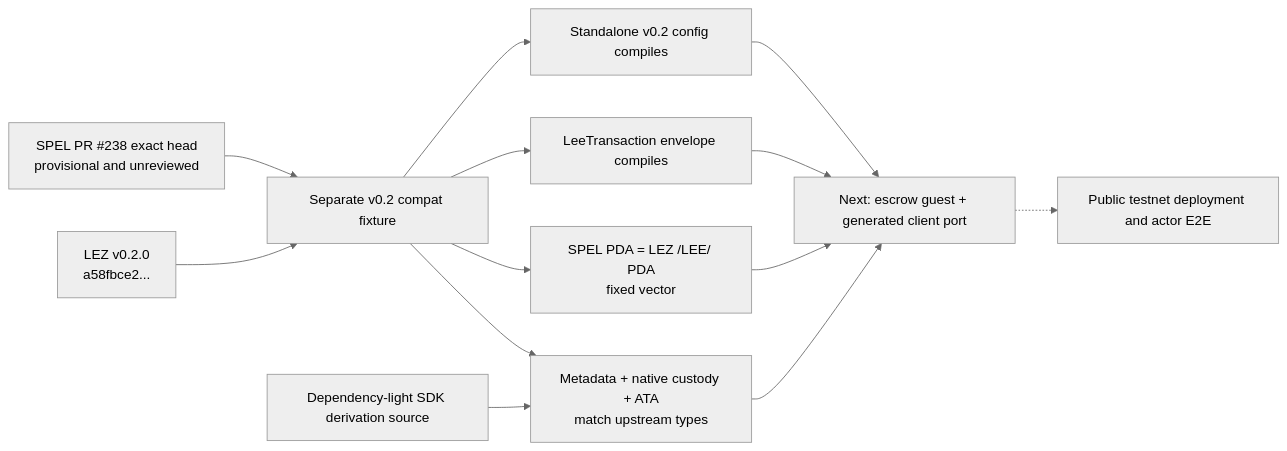
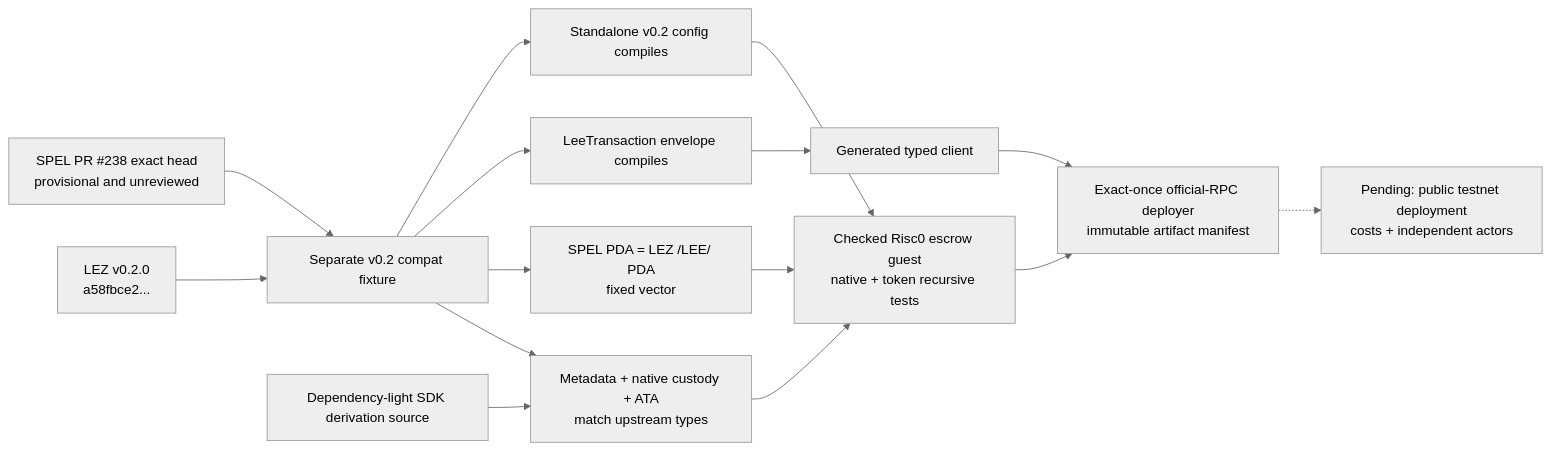
One commit to gateway-fm/lez-atomic-swaps changed the diagram in compat/lez-v0.2-provisional/README.md. Above: the diagram before and after it, drawn with Mermaid (neutral theme). The commit also changed other lines of this file and 26 other files, not shown here.

````diff
--- a/compat/lez-v0.2-provisional/README.md
+++ b/compat/lez-v0.2-provisional/README.md
@@ -18,15 +19,17 @@
 ```mermaid
 flowchart LR
     PR["SPEL PR #238 exact head<br/>provisional and unreviewed"] --> Fixture["Separate v0.2 compat fixture"]
     LEZ["LEZ v0.2.0<br/>a58fbce2..."] --> Fixture
     Fixture --> Config["Standalone v0.2 config compiles"]
     Fixture --> Tx["LeeTransaction envelope compiles"]
     Fixture --> PDA["SPEL PDA = LEZ /LEE/ PDA<br/>fixed vector"]
     SDK["Dependency-light SDK derivation source"] --> Cross["Metadata + native custody + ATA<br/>match upstream types"]
     Fixture --> Cross
-    Config --> Next["Next: escrow guest + generated client port"]
-    Tx --> Next
-    PDA --> Next
-    Cross --> Next
-    Next -.-> Testnet["Public testnet deployment and actor E2E"]
+    Config --> Guest["Checked Risc0 escrow guest<br/>native + token recursive tests"]
+    Tx --> Client["Generated typed client"]
+    PDA --> Guest
+    Cross --> Guest
+    Guest --> Deploy["Exact-once official-RPC deployer<br/>immutable artifact manifest"]
+    Client --> Deploy
+    Deploy -.-> Testnet["Pending: public testnet deployment<br/>costs + independent actors"]
 ```
````
